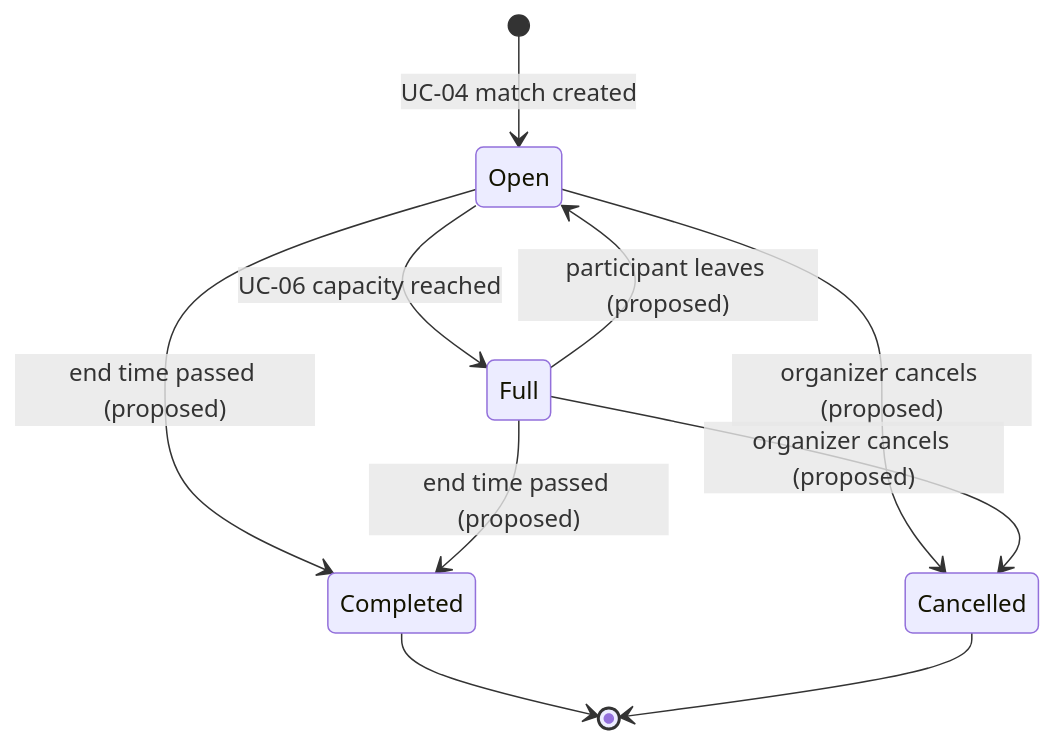
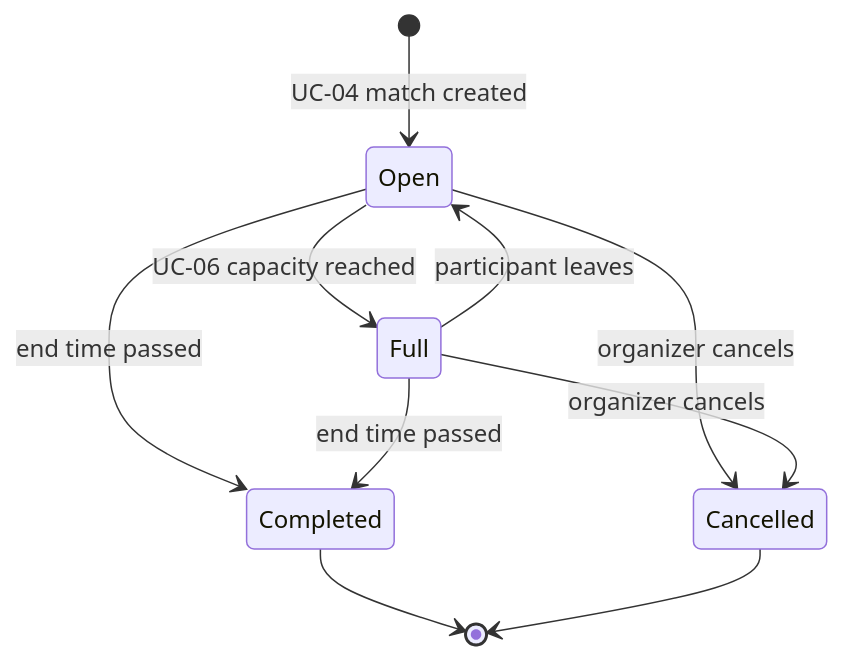
The seventh of 9 diagrams in docs/requirement_analysis_report.md (emir-heval-arda-harun/CMPE-331-project), drawn with Mermaid before and after one commit. The commit also changed other lines of this file, not shown here.

````diff
--- a/docs/requirement_analysis_report.md
+++ b/docs/requirement_analysis_report.md
@@ -391,12 +391,12 @@
 ```mermaid
 stateDiagram-v2
     [*] --> Open : UC-04 match created
     Open --> Full : UC-06 capacity reached
-    Full --> Open : participant leaves (proposed)
-    Open --> Cancelled : organizer cancels (proposed)
-    Full --> Cancelled : organizer cancels (proposed)
-    Open --> Completed : end time passed (proposed)
-    Full --> Completed : end time passed (proposed)
+    Full --> Open : participant leaves
+    Open --> Cancelled : organizer cancels
+    Full --> Cancelled : organizer cancels
+    Open --> Completed : end time passed
+    Full --> Completed : end time passed
     Completed --> [*]
     Cancelled --> [*]
 ```
````
